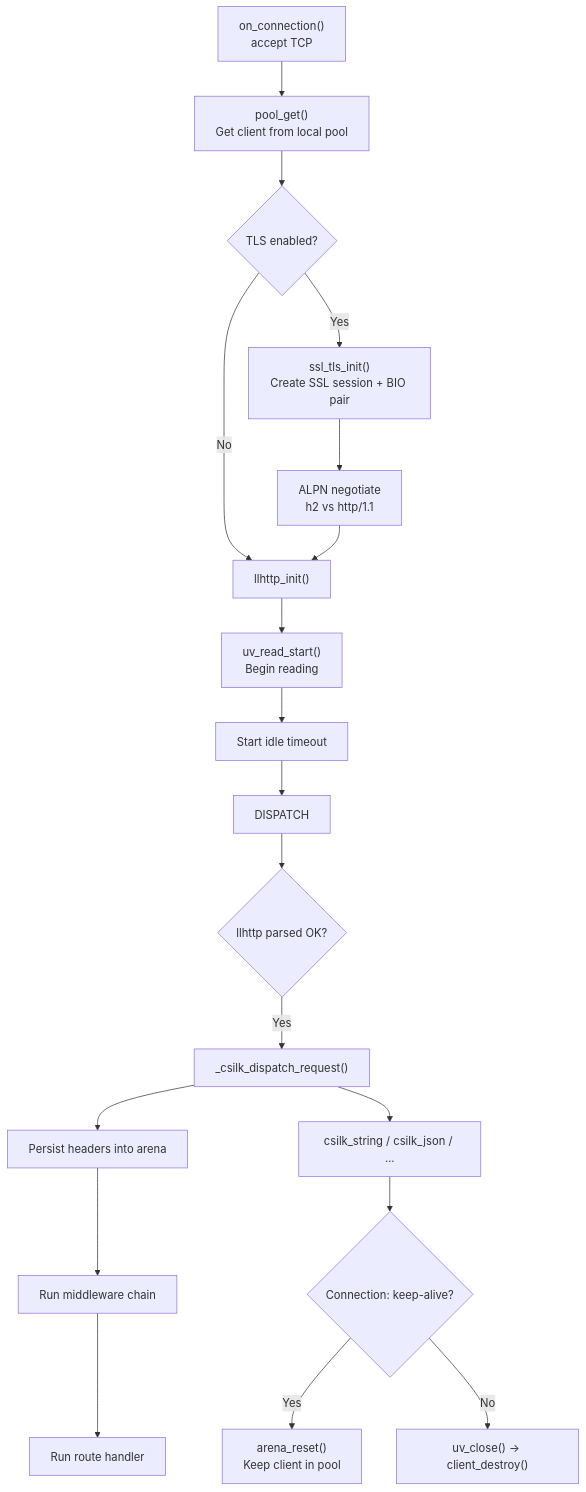
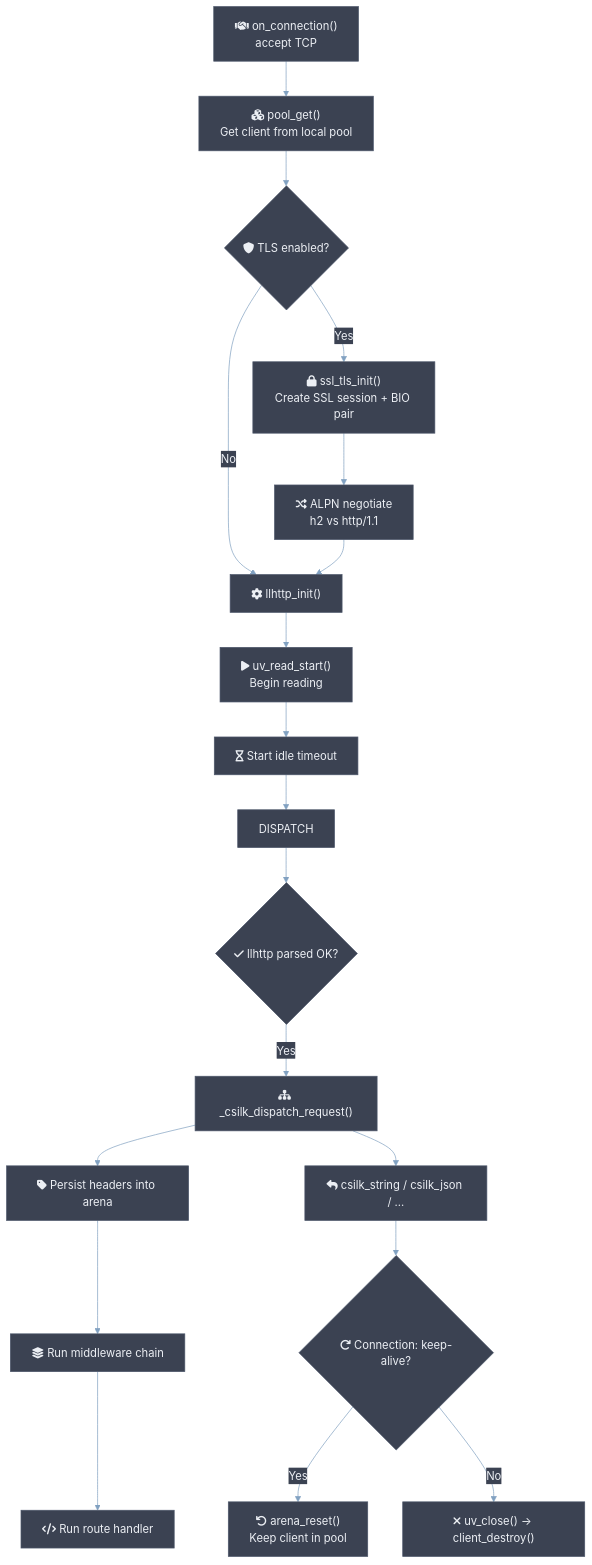
Before and after one commit to quintin-lee/csilk: the fifth of 9 diagrams in docs/module-design/server.md, drawn with Mermaid. The commit also changed other lines of this file and 30 other files, not shown here.

Commit message:
docs(docs): 📝 apply Nord Mermaid theme, RFC 2119 keywords, and quantified metrics to all docs

````diff
--- a/docs/module-design/server.md
+++ b/docs/module-design/server.md
@@ -253,22 +319,44 @@
 ```mermaid
+%%{init: {
+  'theme': 'base',
+  'themeVariables': {
+    'background': '#2E3440',
+    'primaryColor': '#81A1C1',
+    'primaryBorderColor': '#4C566A',
+    'primaryTextColor': '#ECEFF4',
+    'secondaryColor': '#3B4252',
+    'secondaryBorderColor': '#434C5E',
+    'secondaryTextColor': '#D8DEE9',
+    'lineColor': '#81A1C1',
+    'textColor': '#ECEFF4',
+    'mainBkg': '#3B4252',
+    'nodeBorder': '#4C566A',
+    'clusterBkg': '#2E3440',
+    'clusterBorder': '#4C566A',
+    'titleColor': '#ECEFF4',
+    'edgeLabelBackground': '#3B4252',
+    'nodeTextColor': '#ECEFF4'
+  },
+  'flowchart': {'htmlLabels': true, 'curve': 'basis'}
+}}%%
 flowchart TB
-    ACCEPT["on_connection()<br/>accept TCP"] --> POOL["pool_get()<br/>Get client from local pool"]
-    POOL --> TLS_CHECK{"TLS enabled?"}
-    TLS_CHECK -->|Yes| SSL_INIT["ssl_tls_init()<br/>Create SSL session + BIO pair"]
-    TLS_CHECK -->|No| PARSER["llhttp_init()"]
-    SSL_INIT --> ALPN["ALPN negotiate<br/>h2 vs http/1.1"]
+    ACCEPT["fa:fa-handshake on_connection()<br/>accept TCP"] --> POOL["fa:fa-cubes pool_get()<br/>Get client from local pool"]
+    POOL --> TLS_CHECK{"fa:fa-shield TLS enabled?"}
+    TLS_CHECK -->|Yes| SSL_INIT["fa:fa-lock ssl_tls_init()<br/>Create SSL session + BIO pair"]
+    TLS_CHECK -->|No| PARSER["fa:fa-cog llhttp_init()"]
+    SSL_INIT --> ALPN["fa:fa-random ALPN negotiate<br/>h2 vs http/1.1"]
     ALPN --> PARSER
-    PARSER --> READ["uv_read_start()<br/>Begin reading"]
-    READ --> TIMERS["Start idle timeout"]
+    PARSER --> READ["fa:fa-play uv_read_start()<br/>Begin reading"]
+    READ --> TIMERS["fa:fa-hourglass Start idle timeout"]
     TIMERS --> DISPATCH
 
-    DISPATCH --> PARSE_OK{"llhttp parsed OK?"}
-    PARSE_OK -->|Yes| ROUTE["_csilk_dispatch_request()"]
-    ROUTE --> HEADERS["Persist headers into arena"]
-    HEADERS --> MIDDLEWARE["Run middleware chain"]
-    MIDDLEWARE --> HANDLER["Run route handler"]
-    ROUTE --> RESPONSE["csilk_string / csilk_json / ..."]
-    RESPONSE --> KEEPALIVE{"Connection: keep-alive?"}
-    KEEPALIVE -->|Yes| RESET["arena_reset()<br/>Keep client in pool"]
-    KEEPALIVE -->|No| CLOSE["uv_close() → client_destroy()"]
+    DISPATCH --> PARSE_OK{"fa:fa-check llhttp parsed OK?"}
+    PARSE_OK -->|Yes| ROUTE["fa:fa-sitemap _csilk_dispatch_request()"]
+    ROUTE --> HEADERS["fa:fa-tag Persist headers into arena"]
+    HEADERS --> MIDDLEWARE["fa:fa-layer-group Run middleware chain"]
+    MIDDLEWARE --> HANDLER["fa:fa-code Run route handler"]
+    ROUTE --> RESPONSE["fa:fa-reply csilk_string / csilk_json / ..."]
+    RESPONSE --> KEEPALIVE{"fa:fa-redo Connection: keep-alive?"}
+    KEEPALIVE -->|Yes| RESET["fa:fa-undo arena_reset()<br/>Keep client in pool"]
+    KEEPALIVE -->|No| CLOSE["fa:fa-times uv_close() → client_destroy()"]
 ```
````
